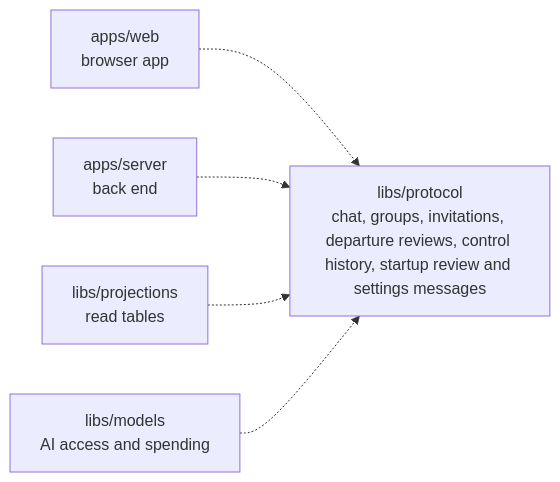
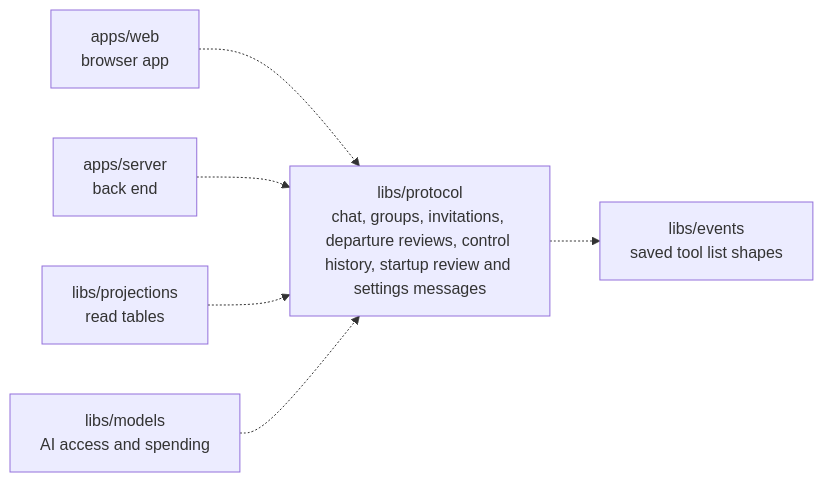
One commit to elewa-git/opencrane-new changed the diagram in libs/protocol/README.md. Above: the diagram before and after it, drawn with Mermaid. The commit also changed other lines of this file and 27 other files, not shown here.

````diff
--- a/libs/protocol/README.md
+++ b/libs/protocol/README.md
@@ -11,7 +11,8 @@
 ```mermaid
 flowchart LR
   web["apps/web<br/>browser app"] -.-> protocol["libs/protocol<br/>chat, groups, invitations, departure reviews, control history, startup review and settings messages"]
   server["apps/server<br/>back end"] -.-> protocol
   projections["libs/projections<br/>read tables"] -.-> protocol
   models["libs/models<br/>AI access and spending"] -.-> protocol
+  protocol -.-> events["libs/events<br/>saved tool list shapes"]
 ```
````
